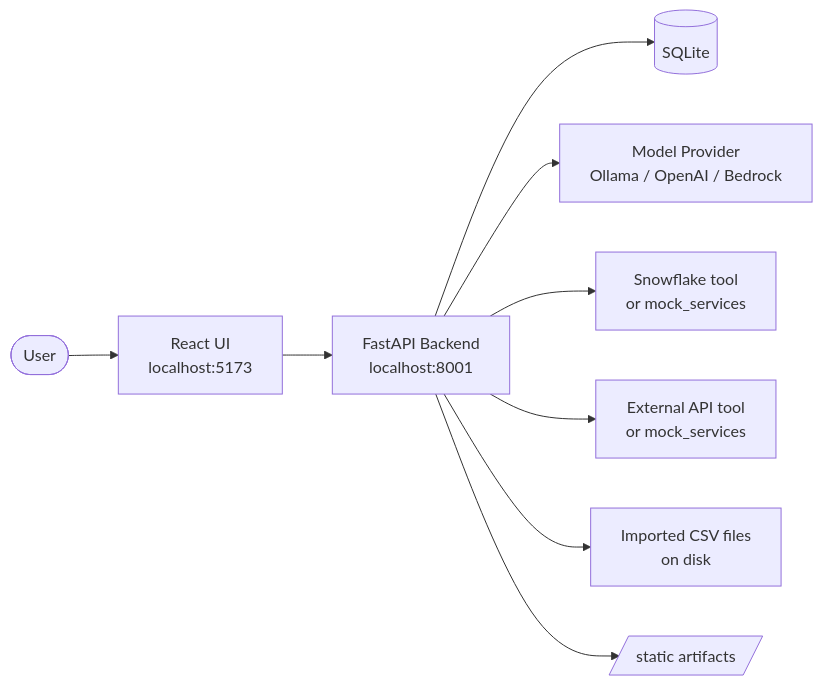
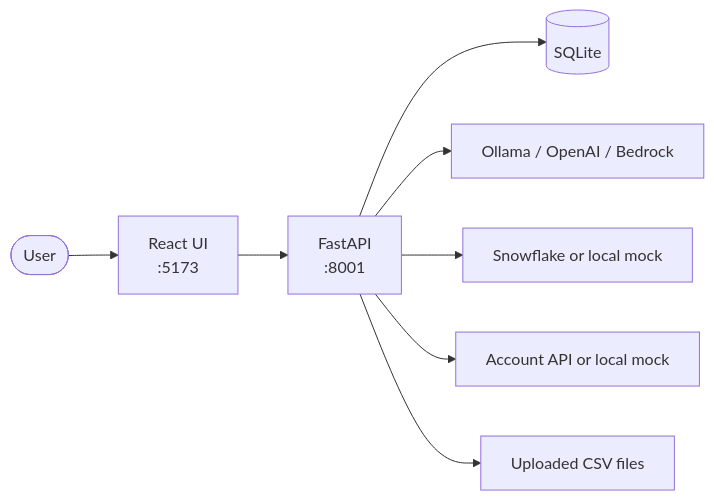
The first of 2 diagrams in docs/high_level_design.md (pankajsherchan/chatroom), drawn with Mermaid before and after one commit. The commit also changed other lines of this file and 11 other files, not shown here.

````diff
--- a/docs/high_level_design.md
+++ b/docs/high_level_design.md
@@ -25,11 +7,10 @@
 ```mermaid
 flowchart LR
-  User([User]) --> UI[React UI<br/>localhost:5173]
-  UI --> API[FastAPI Backend<br/>localhost:8001]
+  User([User]) --> UI[React UI<br/>:5173]
+  UI --> API[FastAPI<br/>:8001]
   API --> DB[(SQLite)]
-  API --> Provider[Model Provider<br/>Ollama / OpenAI / Bedrock]
-  API --> Snowflake[Snowflake tool<br/>or mock_services]
-  API --> ExtAPI[External API tool<br/>or mock_services]
-  API --> CSV[Imported CSV files<br/>on disk]
-  API --> Artifacts[/static artifacts/]
+  API --> Models[Ollama / OpenAI / Bedrock]
+  API --> Snowflake[Snowflake or local mock]
+  API --> Accounts[Account API or local mock]
+  API --> CSV[Uploaded CSV files]
 ```
````
